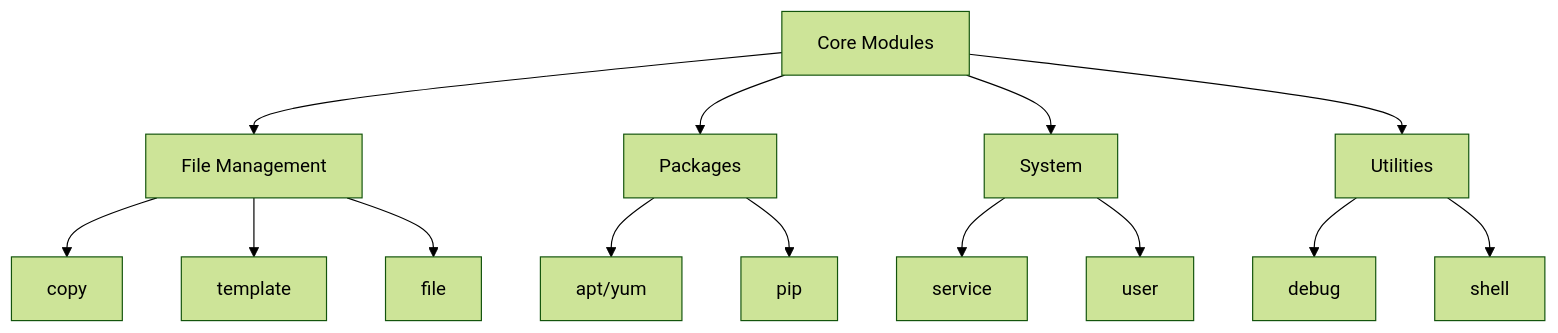
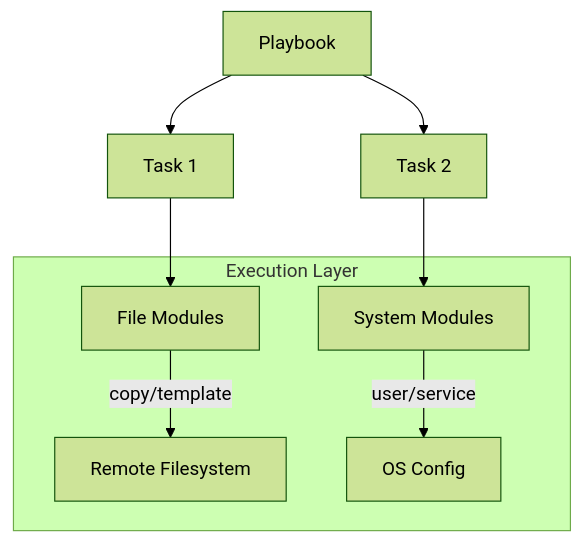
The diagram in 2-Intermediate/04-Ansible/04-Core-Modules/README.md (Ganil151/Devops), drawn with Mermaid (forest theme) before and after one commit. The commit also changed other lines of this file and 10 other files, not shown here.

Commit message:
Upate notes on Intermediate/Ansible/Basic-Playbooks and /Core-Modules

````diff
--- a/2-Intermediate/04-Ansible/04-Core-Modules/README.md
+++ b/2-Intermediate/04-Ansible/04-Core-Modules/README.md
@@ -7,20 +18,13 @@
 ```mermaid
 graph TD
-    Core[Core Modules] --> Files[File Management]
-    Core --> Pkg[Packages]
-    Core --> Sys[System]
-    Core --> Util[Utilities]
+    Playbook[Playbook] --> T1[Task 1]
+    Playbook --> T2[Task 2]
     
-    Files --> Copy[copy]
-    Files --> Templ[template]
-    Files --> File[file]
+    T1 --> FileMod[File Modules]
+    T2 --> SysMod[System Modules]
     
-    Pkg --> Apt[apt/yum]
-    Pkg --> Pip[pip]
-    
-    Sys --> Svc[service]
-    Sys --> User[user]
-    
-    Util --> Debug[debug]
-    Util --> Shell[shell]
+    subgraph "Execution Layer"
+    FileMod -->|copy/template| Remote[Remote Filesystem]
+    SysMod -->|user/service| RemoteConfig[OS Config]
+    end
 ```
````
